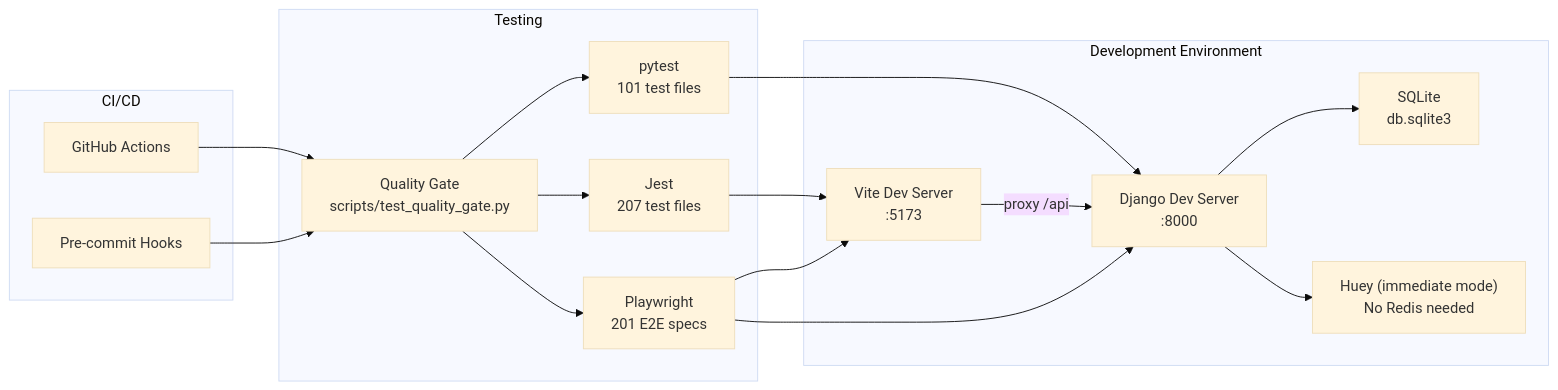
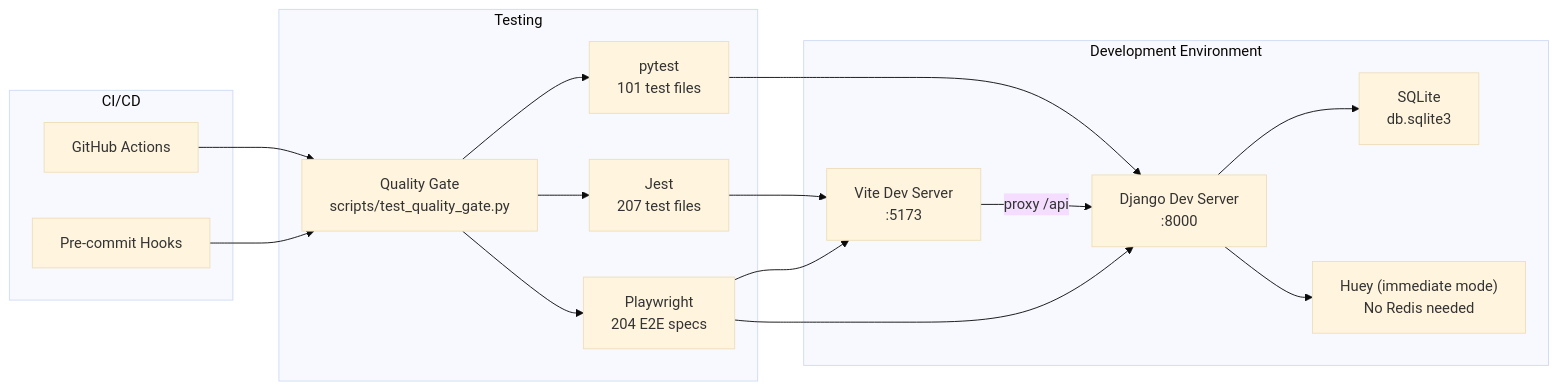
Before and after one commit to carlos18bp/gym_project: the second of 8 diagrams in docs/methodology/architecture.md, drawn with Mermaid (base theme). The commit also changed 8 other files, not shown here.

First line of the commit message:
docs: test-audit 2026-07-24 report + memory-bank & flow-map refresh

````diff
--- a/docs/methodology/architecture.md
+++ b/docs/methodology/architecture.md
@@ -60,34 +60,34 @@
 ```mermaid
 flowchart LR
     subgraph Dev["Development Environment"]
         Vite["Vite Dev Server\n:5173"]
         Django["Django Dev Server\n:8000"]
         Huey_Imm["Huey (immediate mode)\nNo Redis needed"]
         SQLite["SQLite\ndb.sqlite3"]
     end
 
     subgraph Test["Testing"]
         Pytest["pytest\n101 test files"]
         Jest["Jest\n207 test files"]
-        PW["Playwright\n201 E2E specs"]
+        PW["Playwright\n204 E2E specs"]
         QG["Quality Gate\nscripts/test_quality_gate.py"]
     end
 
     subgraph CI["CI/CD"]
         GHA["GitHub Actions"]
         PreCommit["Pre-commit Hooks"]
     end
 
     Vite -->|"proxy /api"| Django
     Django --> SQLite
     Django --> Huey_Imm
     Pytest --> Django
     Jest --> Vite
     PW --> Vite
     PW --> Django
     QG --> Pytest
     QG --> Jest
     QG --> PW
     GHA --> QG
     PreCommit --> QG
 ```
````
